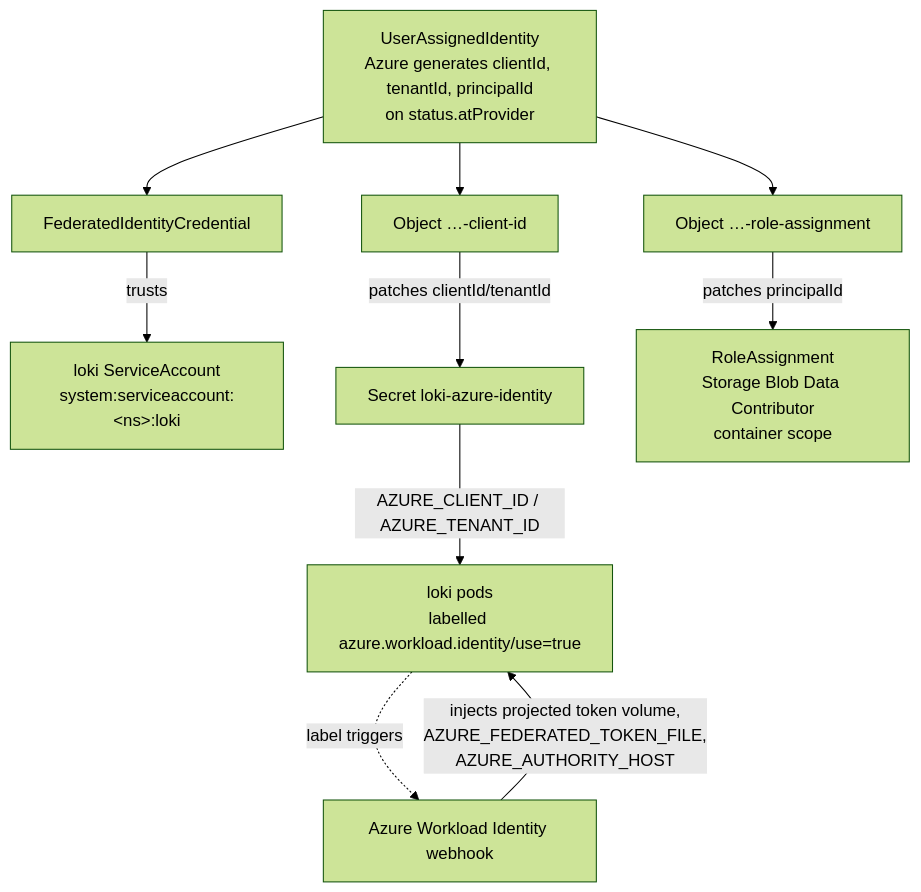
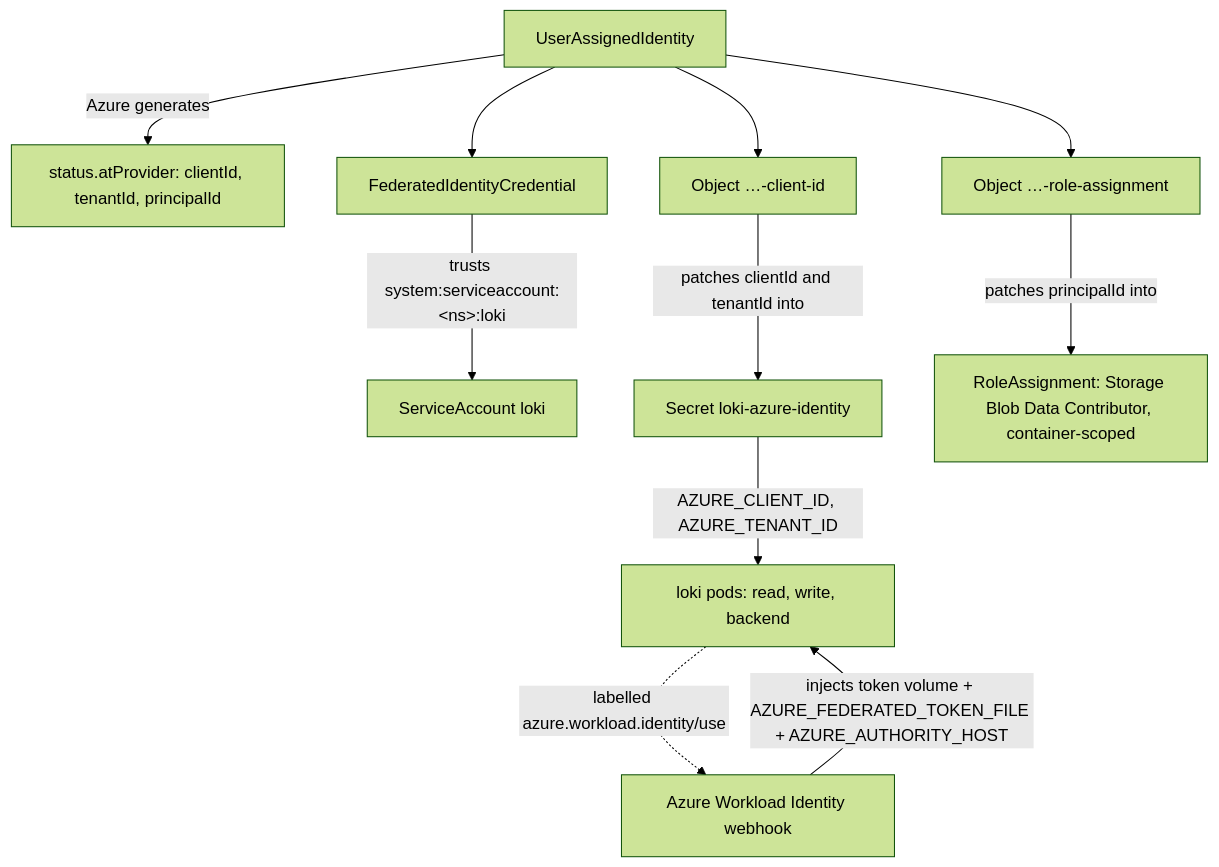
Before and after one commit to giantswarm/loki-app: the diagram in README.md, drawn with Mermaid (forest theme).

Commit message:
readme: punctuate the workload identity diagram labels
Node labels stacked whole clauses with <br/>, which read as run-on text
("UserAssignedIdentity Azure generates clientId, tenantId, principalId on
status.atProvider"). Nodes now carry just the resource name, the verbs
moved onto the edges, and the remaining detail is separated by real
punctuation. No <br/> left in the diagram.

````diff
--- a/README.md
+++ b/README.md
@@ -537,22 +537,24 @@
 ```mermaid
 graph TD
-    UAI["UserAssignedIdentity<br/>Azure generates clientId, tenantId, principalId<br/>on status.atProvider"]
+    UAI[UserAssignedIdentity]
+    IDS["status.atProvider: clientId, tenantId, principalId"]
     FIC[FederatedIdentityCredential]
-    SA["loki ServiceAccount<br/>system:serviceaccount:&lt;ns&gt;:loki"]
+    SA["ServiceAccount loki"]
     OBJC["Object …-client-id"]
-    SEC[Secret loki-azure-identity]
+    SEC["Secret loki-azure-identity"]
     OBJR["Object …-role-assignment"]
-    RA["RoleAssignment<br/>Storage Blob Data Contributor<br/>container scope"]
-    PODS["loki pods<br/>labelled azure.workload.identity/use=true"]
+    RA["RoleAssignment: Storage Blob Data Contributor, container-scoped"]
+    PODS["loki pods: read, write, backend"]
     WH[Azure Workload Identity webhook]
 
+    UAI -->|Azure generates| IDS
     UAI --> FIC
-    FIC -->|trusts| SA
+    FIC -->|"trusts system:serviceaccount:&lt;ns&gt;:loki"| SA
     UAI --> OBJC
-    OBJC -->|patches clientId/tenantId| SEC
-    SEC -->|AZURE_CLIENT_ID / AZURE_TENANT_ID| PODS
+    OBJC -->|"patches clientId and tenantId into"| SEC
+    SEC -->|"AZURE_CLIENT_ID, AZURE_TENANT_ID"| PODS
     UAI --> OBJR
-    OBJR -->|patches principalId| RA
-    PODS -.->|label triggers| WH
-    WH -->|"injects projected token volume,<br/>AZURE_FEDERATED_TOKEN_FILE,<br/>AZURE_AUTHORITY_HOST"| PODS
+    OBJR -->|"patches principalId into"| RA
+    PODS -.->|"labelled azure.workload.identity/use"| WH
+    WH -->|"injects token volume + AZURE_FEDERATED_TOKEN_FILE + AZURE_AUTHORITY_HOST"| PODS
 ```
````
